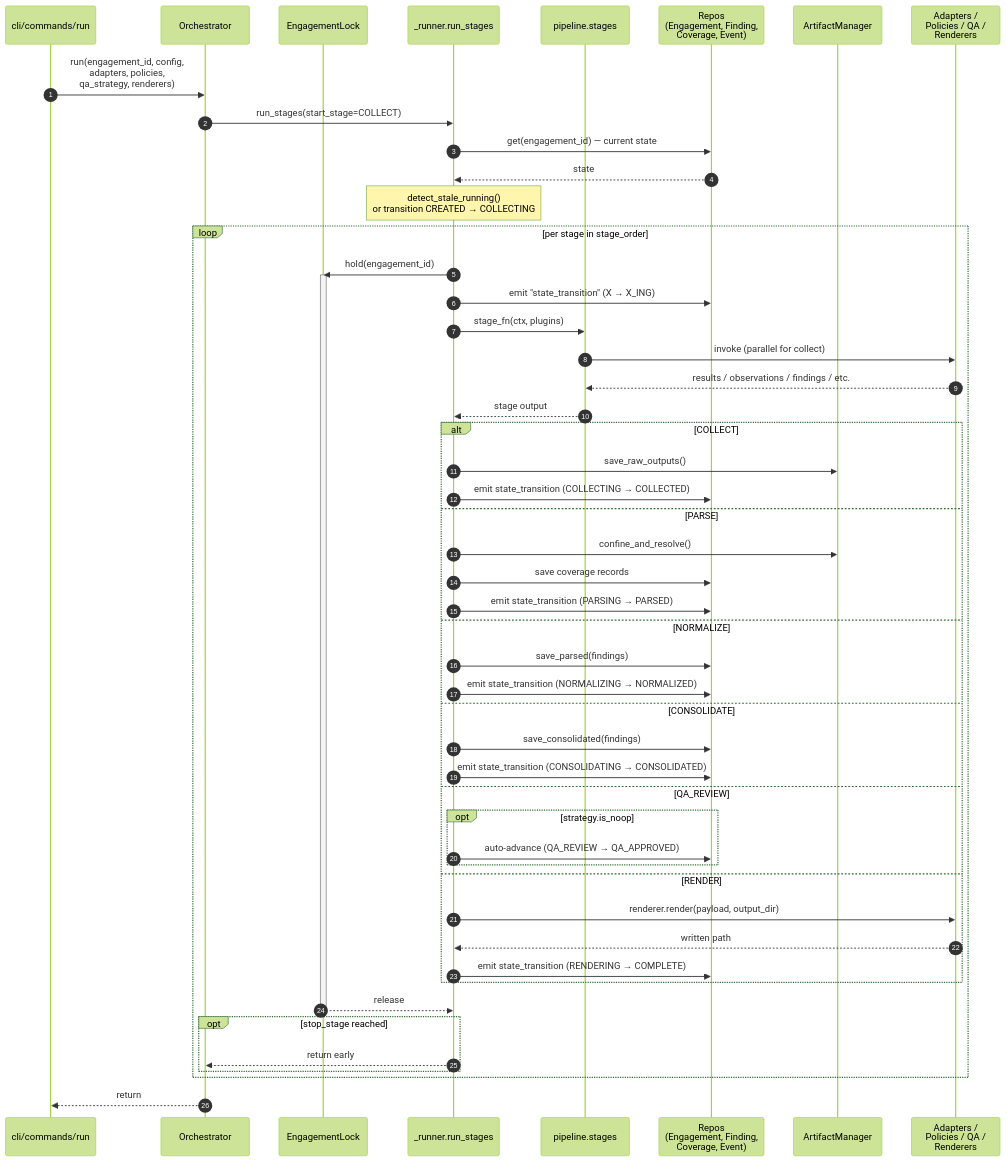
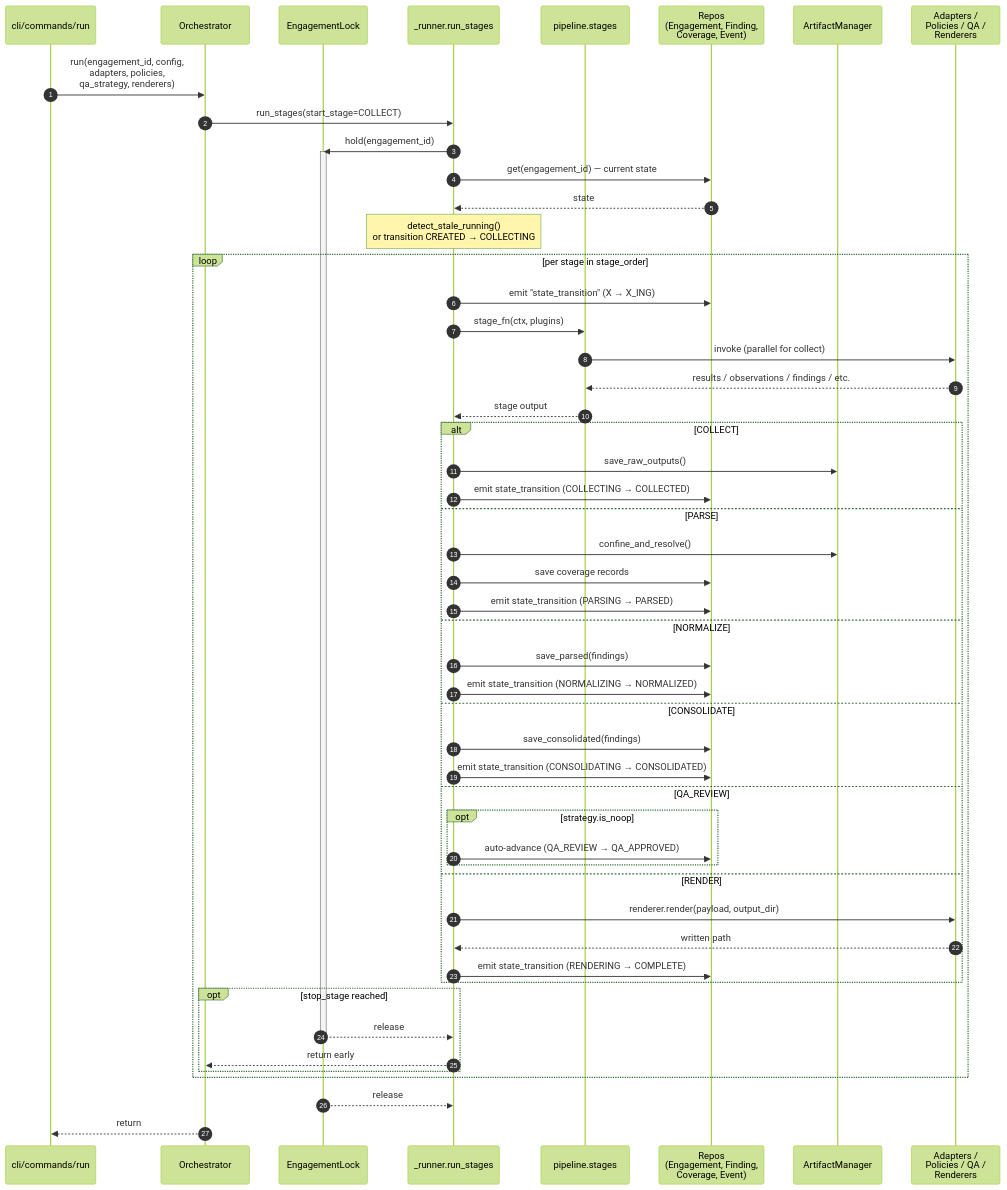
Before and after one commit to Guardantix/gxassessms: the second of 5 diagrams in docs/pipeline.md, drawn with Mermaid (forest theme). The commit also changed other lines of this file and 3 other files, not shown here.

First line of the commit message:
docs: address review feedback on architecture diagrams

````diff
--- a/docs/pipeline.md
+++ b/docs/pipeline.md
@@ -88,61 +88,60 @@
 ```mermaid
 sequenceDiagram
     autonumber
     participant CLI as cli/commands/run
     participant Orch as Orchestrator
     participant Lock as EngagementLock
     participant Runner as _runner.run_stages
     participant Stage as pipeline.stages
     participant Repo as Repos<br/>(Engagement, Finding,<br/>Coverage, Event)
     participant Art as ArtifactManager
     participant Plugin as Adapters /<br/>Policies / QA /<br/>Renderers
 
     CLI->>Orch: run(engagement_id, config,<br/>adapters, policies,<br/>qa_strategy, renderers)
     Orch->>Runner: run_stages(start_stage=COLLECT)
+    Runner->>Lock: hold(engagement_id)
+    activate Lock
     Runner->>Repo: get(engagement_id) — current state
     Repo-->>Runner: state
     Note over Runner: detect_stale_running()<br/>or transition CREATED → COLLECTING
 
     loop per stage in stage_order
-        Runner->>Lock: hold(engagement_id)
-        activate Lock
-
         Runner->>Repo: emit "state_transition" (X → X_ING)
         Runner->>Stage: stage_fn(ctx, plugins)
         Stage->>Plugin: invoke (parallel for collect)
         Plugin-->>Stage: results / observations / findings / etc.
         Stage-->>Runner: stage output
 
         alt COLLECT
             Runner->>Art: save_raw_outputs()
             Runner->>Repo: emit state_transition (COLLECTING → COLLECTED)
         else PARSE
             Runner->>Art: confine_and_resolve()
             Runner->>Repo: save coverage records
             Runner->>Repo: emit state_transition (PARSING → PARSED)
         else NORMALIZE
             Runner->>Repo: save_parsed(findings)
             Runner->>Repo: emit state_transition (NORMALIZING → NORMALIZED)
         else CONSOLIDATE
             Runner->>Repo: save_consolidated(findings)
             Runner->>Repo: emit state_transition (CONSOLIDATING → CONSOLIDATED)
         else QA_REVIEW
             opt strategy.is_noop
                 Runner->>Repo: auto-advance (QA_REVIEW → QA_APPROVED)
             end
         else RENDER
             Runner->>Plugin: renderer.render(payload, output_dir)
             Plugin-->>Runner: written path
             Runner->>Repo: emit state_transition (RENDERING → COMPLETE)
         end
 
-        Lock-->>Runner: release
-        deactivate Lock
-
         opt stop_stage reached
+            Lock-->>Runner: release
+            deactivate Lock
             Runner-->>Orch: return early
         end
     end
 
+    Lock-->>Runner: release
     Orch-->>CLI: return
 ```
````
